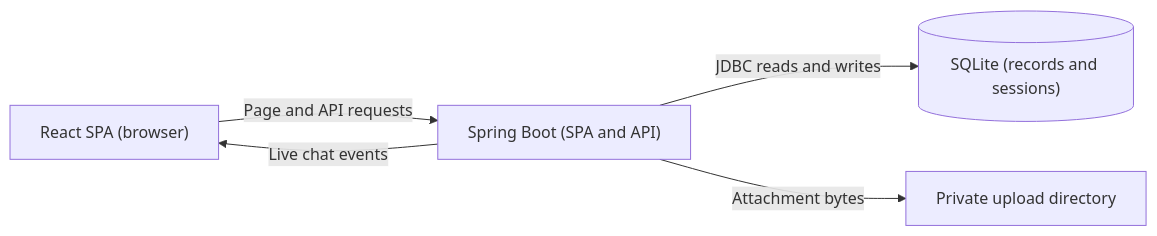
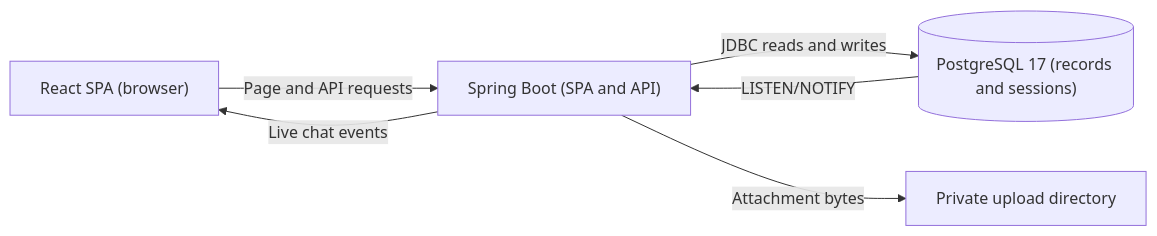
One commit to diegnghtmr/the-knowledge-bay changed the diagram in README.md. Above: the diagram before and after it, drawn with Mermaid. The commit also changed other lines of this file and 7 other files, not shown here.

First line of the commit message:
docs,ci: run on PostgreSQL and document the cutover

````diff
--- a/README.md
+++ b/README.md
@@ -106,7 +106,8 @@
 ```mermaid
 flowchart LR
     Browser["React SPA (browser)"] -->|Page and API requests| API["Spring Boot (SPA and API)"]
     API -->|Live chat events| Browser
-    API -->|JDBC reads and writes| DB[("SQLite (records and sessions)")]
+    API -->|JDBC reads and writes| DB[("PostgreSQL 17 (records and sessions)")]
+    DB -->|LISTEN/NOTIFY| API
     API -->|Attachment bytes| Uploads["Private upload directory"]
 ```
````
